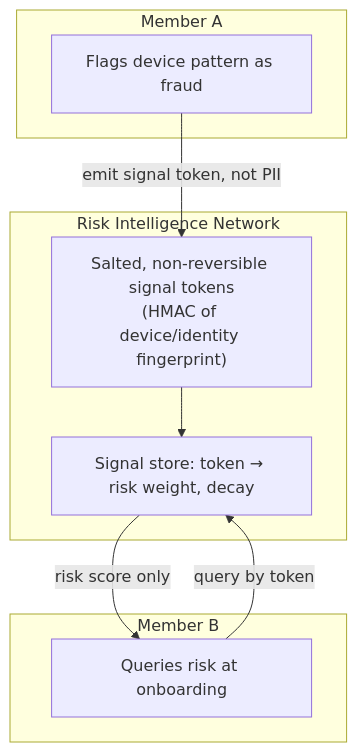
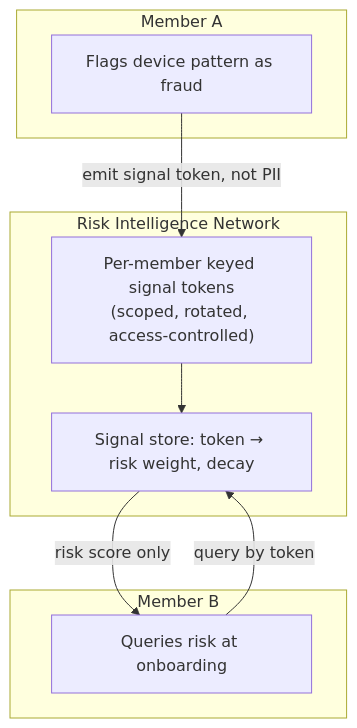
Before and after one commit to doziestar/identrax-whitepaper-and-docs: the fourth of 7 diagrams in TECHNICAL_ARCHITECTURE_v2.md, drawn with Mermaid. The commit also changed other lines of this file and 1 other file, not shown here.

````diff
--- a/TECHNICAL_ARCHITECTURE_v2.md
+++ b/TECHNICAL_ARCHITECTURE_v2.md
@@ -182,16 +182,16 @@
 ```mermaid
 flowchart TB
     subgraph OrgA["Member A"]
         A1["Flags device pattern as fraud"]
     end
     subgraph RIN["Risk Intelligence Network"]
-        H["Salted, non-reversible signal tokens<br/>(HMAC of device/identity fingerprint)"]
+        H["Per-member keyed signal tokens<br/>(scoped, rotated, access-controlled)"]
         S["Signal store: token → risk weight, decay"]
     end
     subgraph OrgB["Member B"]
         B1["Queries risk at onboarding"]
     end
 
     A1 -->|"emit signal token, not PII"| H --> S
     B1 -->|"query by token"| S -->|"risk score only"| B1
 ```
````
